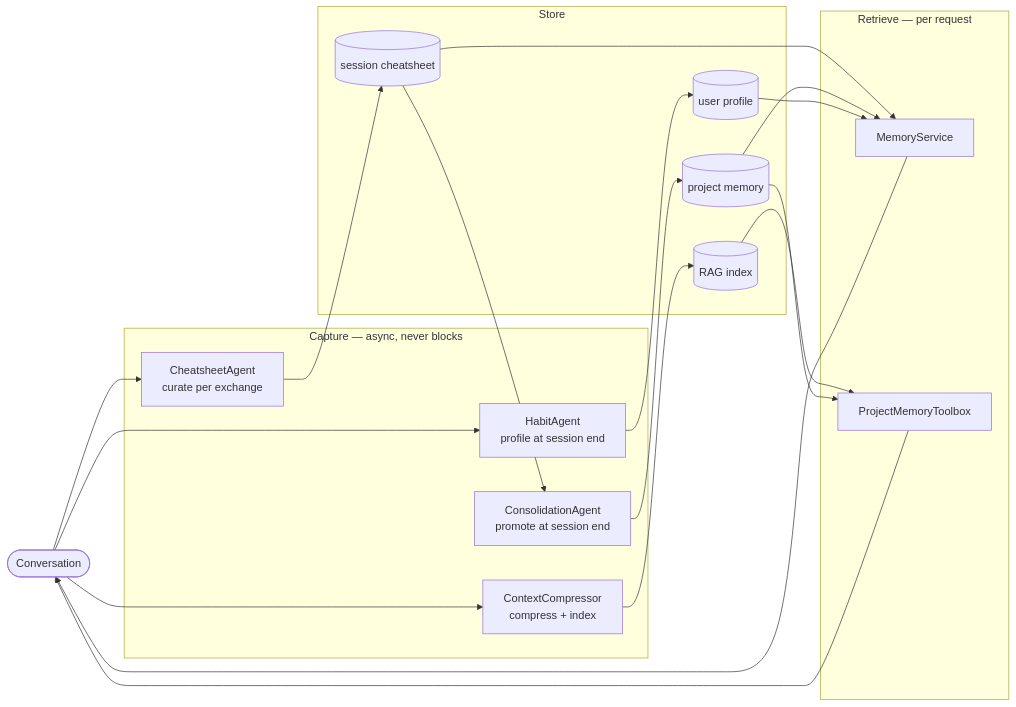
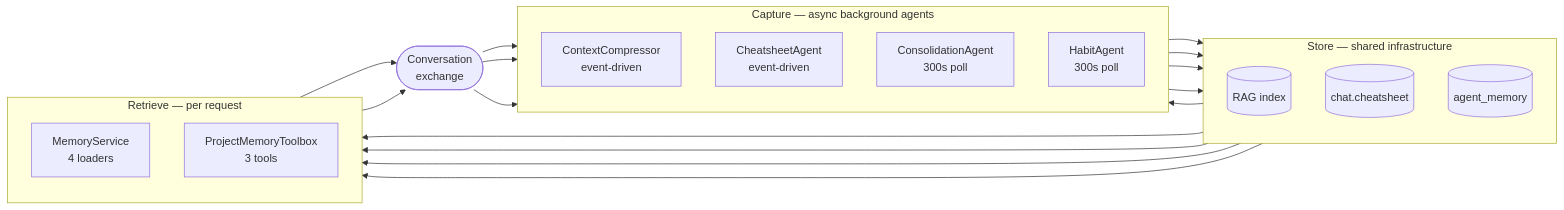
Before and after one commit to wiedersehne/Ida-arch: the second of 4 diagrams in memory_design.md, drawn with Mermaid. The commit also changed other lines of this file, not shown here.

````diff
--- a/memory_design.md
+++ b/memory_design.md
@@ -123,32 +124,33 @@
 ```mermaid
 flowchart LR
-    CONV(["Conversation"])
+    CONV(["Conversation\nexchange"])
 
-    subgraph CAPTURE ["Capture — async, never blocks"]
-        CC["ContextCompressor\ncompress + index"]
-        CSA["CheatsheetAgent\ncurate per exchange"]
-        CONS["ConsolidationAgent\npromote at session end"]
-        HA["HabitAgent\nprofile at session end"]
+    subgraph CAPTURE ["Capture — async background agents"]
+        direction TB
+        CC["ContextCompressor\nevent-driven"]
+        CSA["CheatsheetAgent\nevent-driven"]
+        CONS["ConsolidationAgent\n300s poll"]
+        HA["HabitAgent\n300s poll"]
     end
 
-    subgraph STORE ["Store"]
+    subgraph STORE ["Store — shared infrastructure"]
+        direction TB
         RAG[("RAG index")]
-        CS[("session cheatsheet")]
-        AM[("project memory")]
-        UP[("user profile")]
+        CS[("chat.cheatsheet")]
+        AM[("agent_memory")]
     end
 
     subgraph RETRIEVE ["Retrieve — per request"]
-        MS["MemoryService"]
-        PMT["ProjectMemoryToolbox"]
+        direction TB
+        MS["MemoryService\n4 loaders"]
+        PMT["ProjectMemoryToolbox\n3 tools"]
     end
 
     CONV --> CC & CSA
     CC --> RAG
     CSA --> CS
     CS --> CONS --> AM
-    CONV --> HA --> UP
-    CS & AM & UP --> MS
-    RAG & AM --> PMT
+    CONV --> HA --> AM
+    CS & AM --> MS & PMT
     MS & PMT --> CONV
 ```
````
